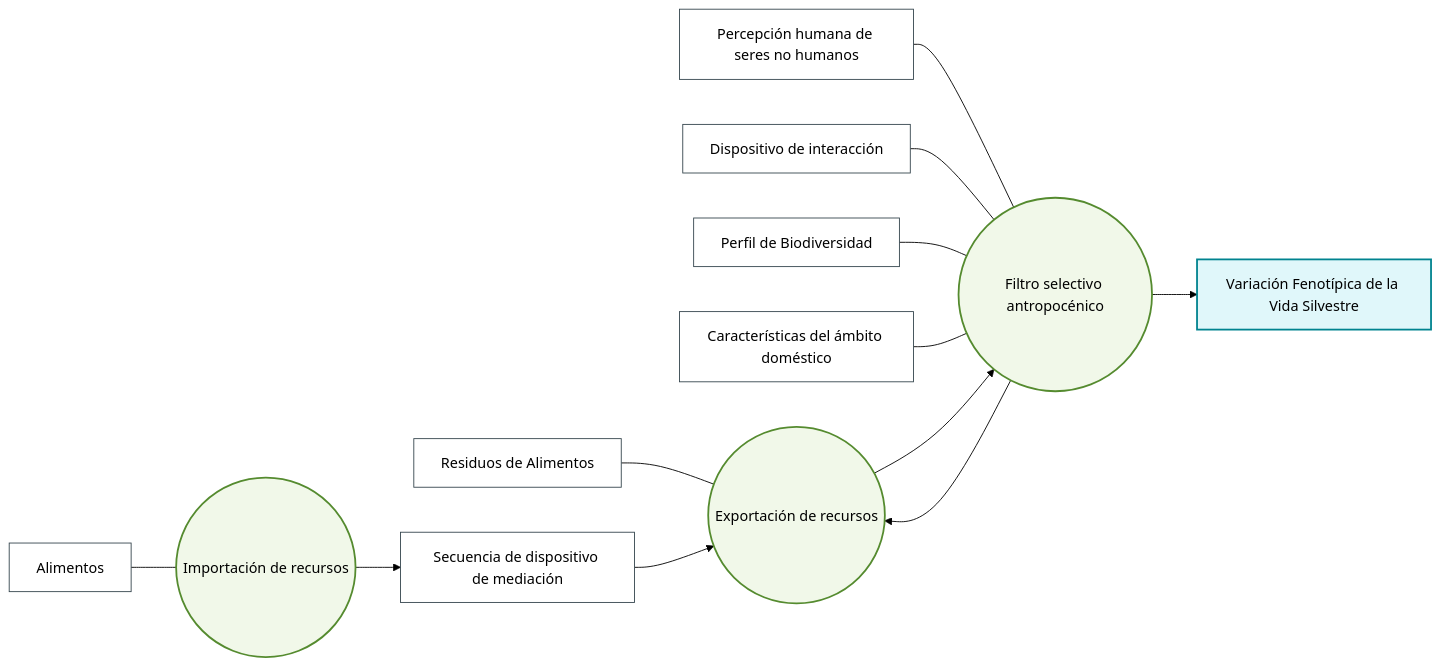
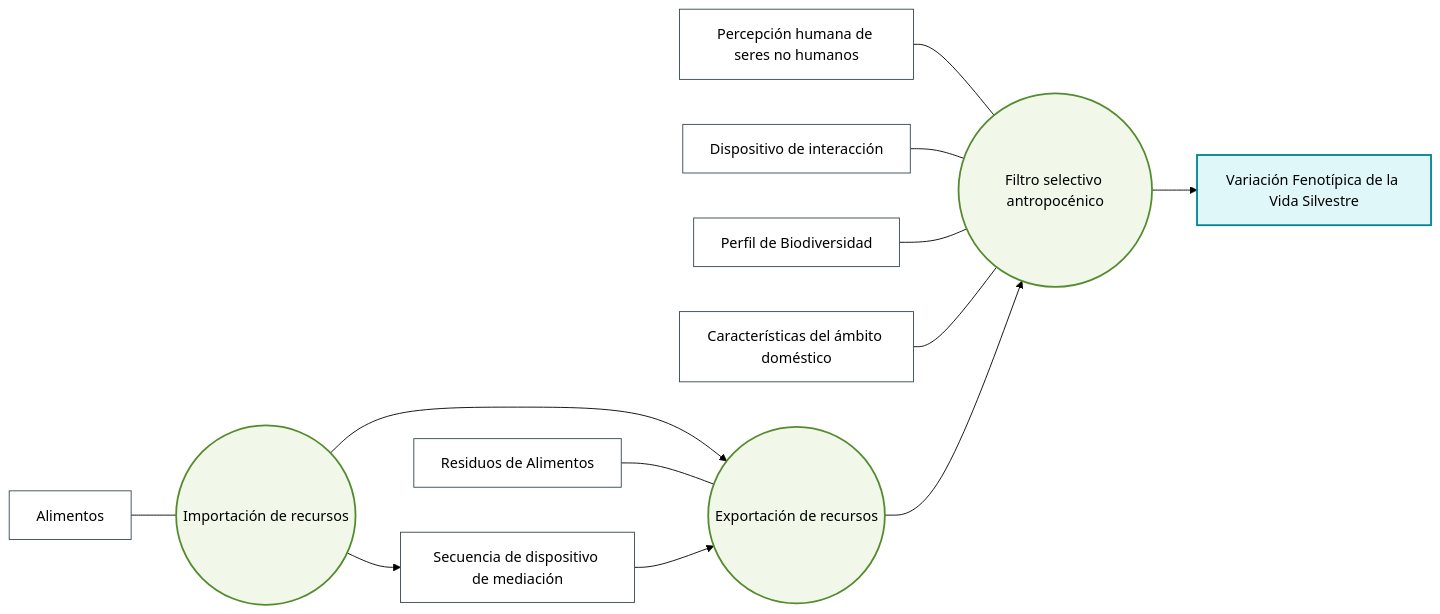
Before and after one commit to maordano/maordano.github.io: the diagram in posts/2026-06-11-elementos/index.qmd, drawn with Mermaid (forest theme). The commit also changed 3 other files, not shown here.

Commit message:
1.4 release candidate mermaid4

````diff
--- a/posts/2026-06-11-elementos/index.qmd
+++ b/posts/2026-06-11-elementos/index.qmd
@@ -31,41 +31,41 @@
 ```{mermaid}
 graph LR
     %% Estilos formales para distinguir constructos de indicadores
     classDef latente fill:#f1f8e9,stroke:#558b2f,stroke-width:2px;
     classDef observado fill:#ffffff,stroke:#37474f,stroke-width:1px;
     classDef resultado fill:#e0f7fa,stroke:#00838f,stroke-width:2px;
 
     %% 1. CONSTRUCTOS LATENTES (Ecosistema de Creación)
     IMP((Importación de recursos))
     EXP((Exportación de recursos))
     SEL((Filtro selectivo antropocénico))
     %% Correlación / Covarianza entre constructos del ecosistema
-    SEL --> EXP
+    IMP --> EXP
 
     %% 2. INDICADORES OBSERVADOS (Variables medibles que definen el constructo)
     R1[Alimentos] --- IMP
     R2[Residuos de Alimentos] --- EXP
     
     S1[Percepción humana de seres no humanos] --- SEL
     S2[Dispositivo de interacción] --- SEL
     
     B1[Perfil de Biodiversidad ] --- SEL
     D1[Características del ámbito doméstico] --- SEL
   
     %% 3. VARIABLES DE PROCESO Y RESULTADO (Impacto del Ecosistema)
     
     DEM[Secuencia de dispositivo de mediación]    
     PHE[Variación Fenotípica de la Vida Silvestre]
 
     %% 4. RELACIONES ESTRUCTURALES (Hipótesis de causalidad)
     IMP --> DEM
     DEM --> EXP
     EXP --> SEL
     SEL --> PHE
     
 
     %% Aplicación de clases visuales
     class SEL,IMP,EXP latente;
     class DEM,R1,R2,S1,S2,B1,D1 observado;
     class PHE resultado;
 ```
````
